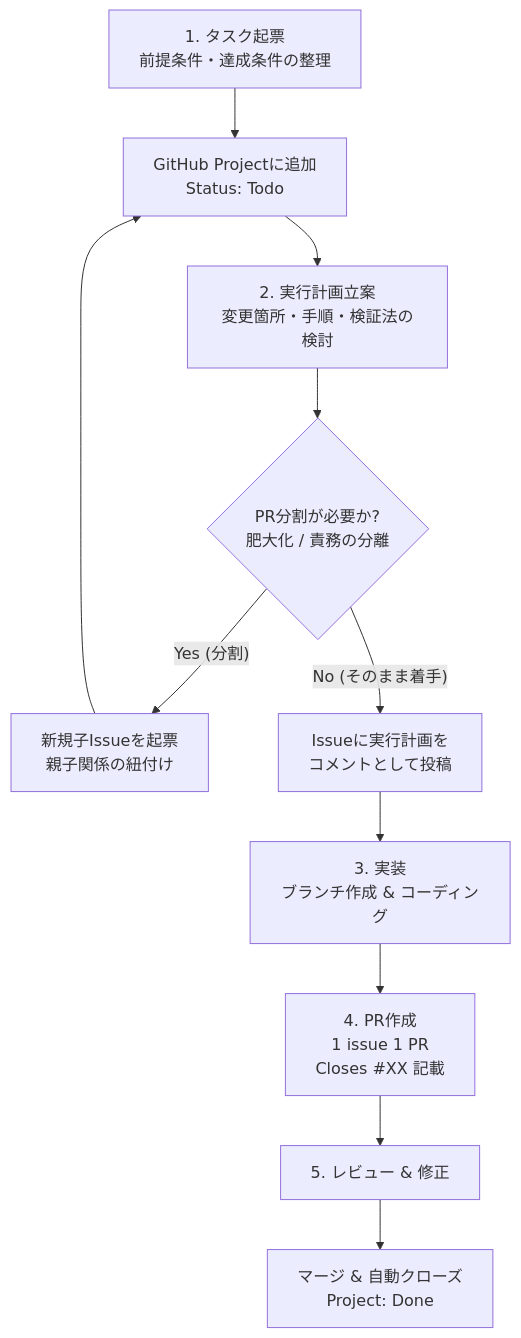
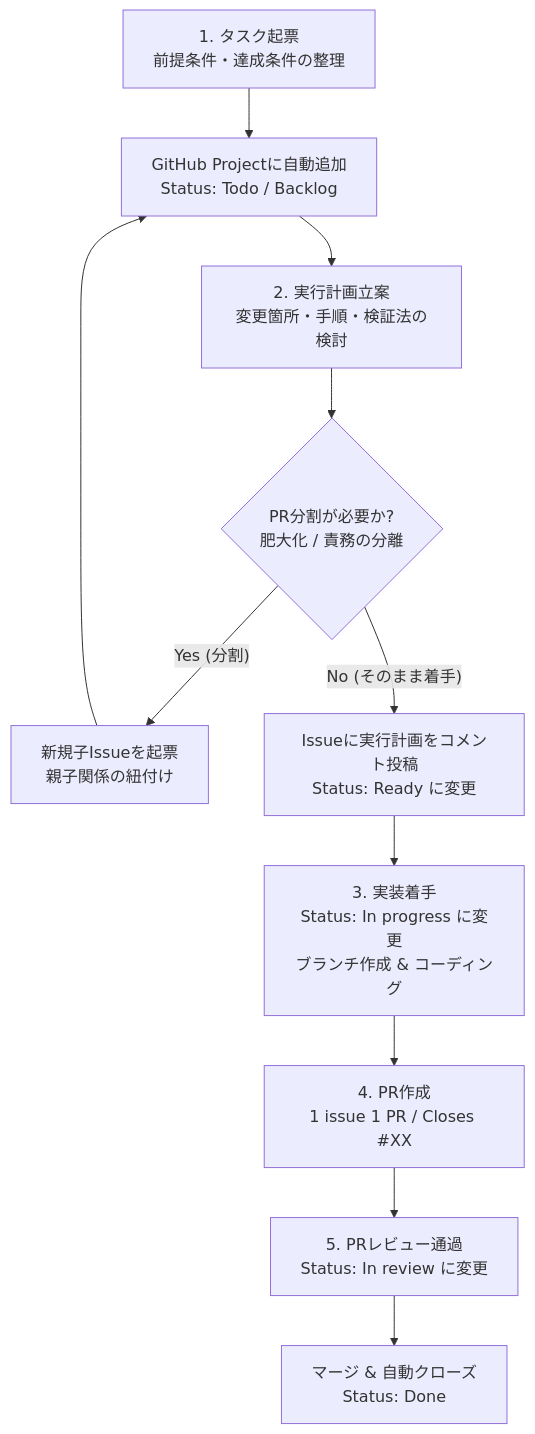
The diagram in docs/workflow.md (walk8243/langgraph-statcast-agent), drawn with Mermaid before and after one commit. The commit also changed other lines of this file and 4 other files, not shown here.

Commit message:
docs: update workflow and skills with GitHub Project status lifecycle (#2)

````diff
--- a/docs/workflow.md
+++ b/docs/workflow.md
@@ -12,15 +12,15 @@
 ```mermaid
 flowchart TD
-    A[1. タスク起票<br/>前提条件・達成条件の整理] --> B[GitHub Projectに追加<br/>Status: Todo]
+    A[1. タスク起票<br/>前提条件・達成条件の整理] --> B[GitHub Projectに自動追加<br/>Status: Todo / Backlog]
     B --> C[2. 実行計画立案<br/>変更箇所・手順・検証法の検討]
     C --> D{PR分割が必要か?<br/>肥大化 / 責務の分離}
     
     D -- Yes (分割) --> E[新規子Issueを起票<br/>親子関係の紐付け]
     E --> B
     
-    D -- No (そのまま着手) --> F[Issueに実行計画を<br/>コメントとして投稿]
-    F --> G[3. 実装<br/>ブランチ作成 & コーディング]
-    G --> H[4. PR作成<br/>1 issue 1 PR<br/>Closes #XX 記載]
-    H --> I[5. レビュー & 修正]
-    I --> J[マージ & 自動クローズ<br/>Project: Done]
+    D -- No (そのまま着手) --> F[Issueに実行計画をコメント投稿<br/>Status: Ready に変更]
+    F --> G[3. 実装着手<br/>Status: In progress に変更<br/>ブランチ作成 & コーディング]
+    G --> H[4. PR作成<br/>1 issue 1 PR / Closes #XX]
+    H --> I[5. PRレビュー通過<br/>Status: In review に変更]
+    I --> J[マージ & 自動クローズ<br/>Status: Done]
 ```
````
